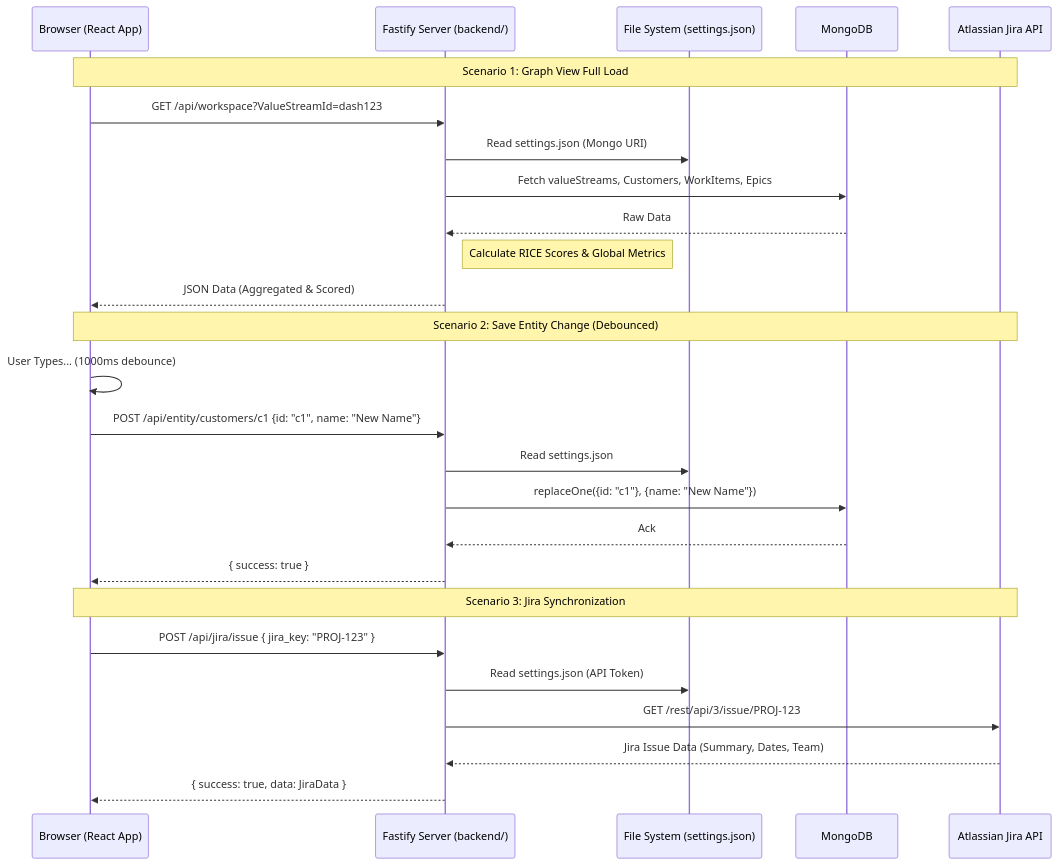
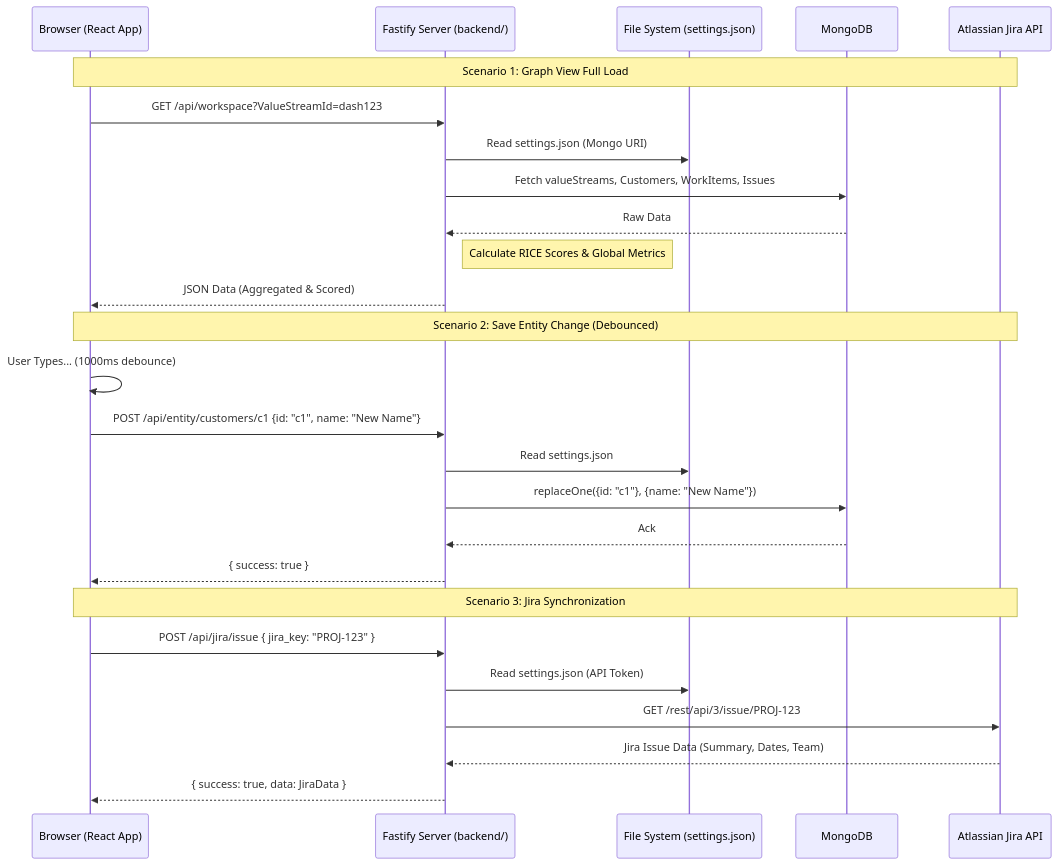
Before and after one commit to AlesKracik/ValueStream-DependencyTree: the second of 4 diagrams in doc/ARCHITECTURE.md, drawn with Mermaid. The commit also changed other lines of this file and 63 other files, not shown here.

Commit message:
refactor: rename Epics to Issues across the entire codebase

````diff
--- a/doc/ARCHITECTURE.md
+++ b/doc/ARCHITECTURE.md
@@ -78,31 +78,31 @@
 ```mermaid
 sequenceDiagram
     participant UI as Browser (React App)
     participant Fastify as Fastify Server (backend/)
     participant FS as File System (settings.json)
     participant DB as MongoDB
     participant Jira as Atlassian Jira API
 
     Note over UI, Jira: Scenario 1: Graph View Full Load
     UI->>Fastify: GET /api/workspace?ValueStreamId=dash123
     Fastify->>FS: Read settings.json (Mongo URI)
-    Fastify->>DB: Fetch valueStreams, Customers, WorkItems, Epics
+    Fastify->>DB: Fetch valueStreams, Customers, WorkItems, Issues
     DB-->>Fastify: Raw Data
     Note right of Fastify: Calculate RICE Scores & Global Metrics
     Fastify-->>UI: JSON Data (Aggregated & Scored)
 
     Note over UI, Jira: Scenario 2: Save Entity Change (Debounced)
     UI->>UI: User Types... (1000ms debounce)
     UI->>Fastify: POST /api/entity/customers/c1 {id: "c1", name: "New Name"}
     Fastify->>FS: Read settings.json
     Fastify->>DB: replaceOne({id: "c1"}, {name: "New Name"})
     DB-->>Fastify: Ack
     Fastify-->>UI: { success: true }
 
     Note over UI, Jira: Scenario 3: Jira Synchronization
     UI->>Fastify: POST /api/jira/issue { jira_key: "PROJ-123" }
     Fastify->>FS: Read settings.json (API Token)
     Fastify->>Jira: GET /rest/api/3/issue/PROJ-123
     Jira-->>Fastify: Jira Issue Data (Summary, Dates, Team)
     Fastify-->>UI: { success: true, data: JiraData }
 ```
````
